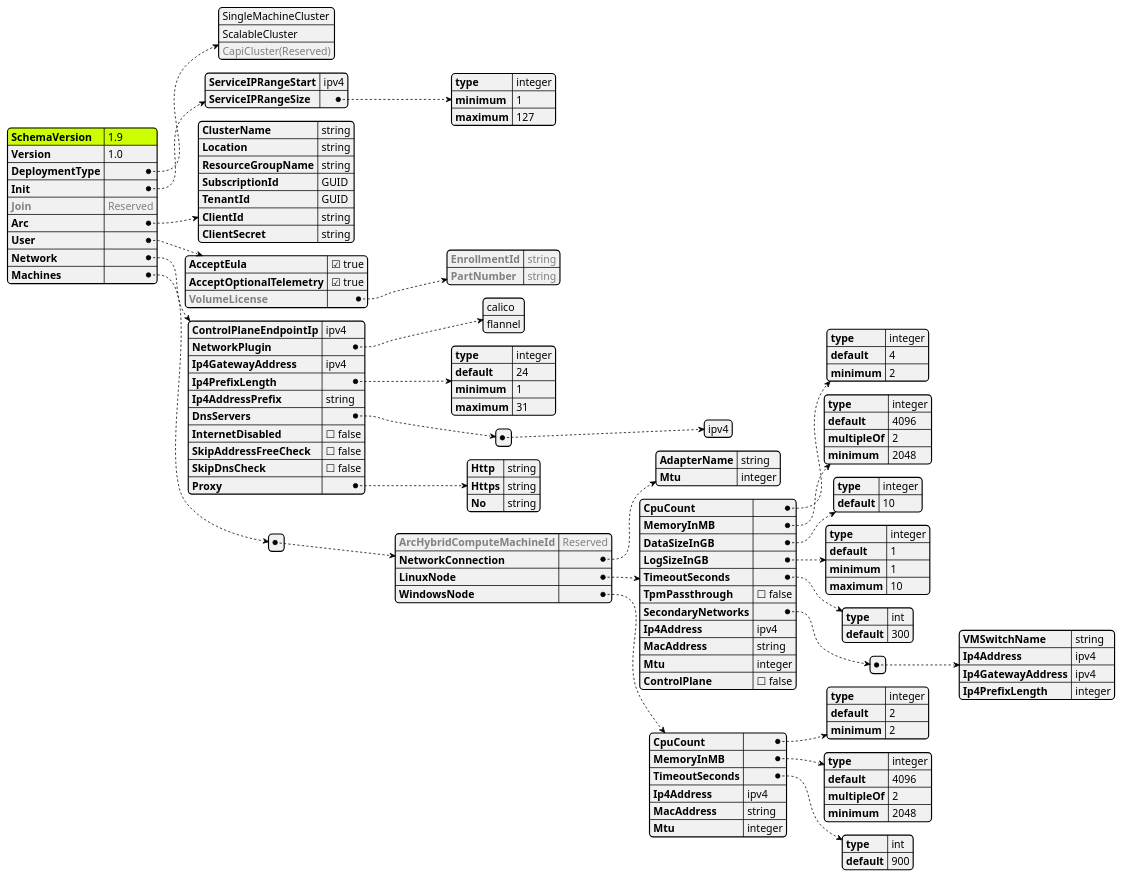
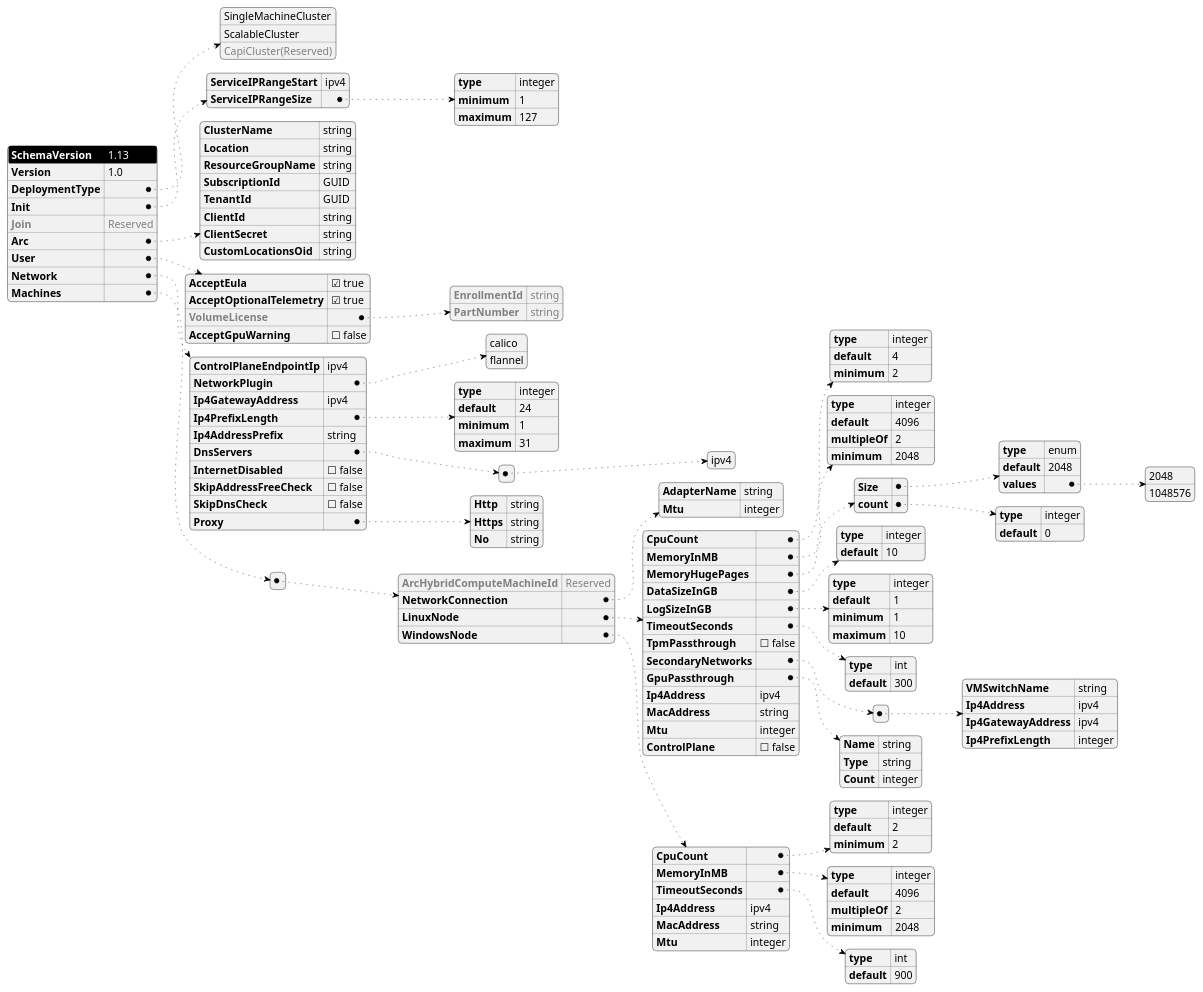
The diagram in tools/modules/AksEdgeDeploy/aksedge-dc.puml (Azure/AKS-Edge), drawn with PlantUML before and after one commit. The commit also changed 8 other files, not shown here.

Commit message:
Update json schema version

```diff
--- a/tools/modules/AksEdgeDeploy/aksedge-dc.puml
+++ b/tools/modules/AksEdgeDeploy/aksedge-dc.puml
@@ -1,149 +1,167 @@
 @startjson AksEdgeSchema
 <style>
 jsonDiagram {
     node {
         FontSize 14
         RoundCorner 10
         LineThickness 0.5
         separator {
             LineThickness 0.25
         }
     }
     arrow {
         LineThickness 0.5
-        LineStyle 2;6
+        LineStyle 2,6
     }
     highlight {
         BackgroundColor black
         FontColor White
     }
 }
 </style>
 #highlight "SchemaVersion"
 {
-    "SchemaVersion": "1.9",
+    "SchemaVersion": "1.13",
     "Version": "1.0",
     "DeploymentType": [
             "SingleMachineCluster",
             "ScalableCluster",
             "<color:gray>CapiCluster(Reserved)"
     ],
     "Init": {
         "ServiceIPRangeStart": "ipv4",
         "ServiceIPRangeSize": {
             "type": "integer",
             "minimum" : 1,
             "maximum" : 127
         }
     },
     "<color:gray>Join":"<color:gray>Reserved",
     "Arc": {
         "ClusterName": "string",
         "Location": "string",
         "ResourceGroupName": "string",
         "SubscriptionId": "GUID",
         "TenantId": "GUID",
         "ClientId": "string",
-        "ClientSecret": "string"
+        "ClientSecret": "string",
+        "CustomLocationsOid": "string"
     },
     "User": {
         "AcceptEula": true,
         "AcceptOptionalTelemetry": true,
         "<color:gray>VolumeLicense":{
             "<color:gray>EnrollmentId":"<color:gray>string",
             "<color:gray>PartNumber":"<color:gray>string"
-        }
+        },
+        "AcceptGpuWarning": false
     },
     "Network": {
         "ControlPlaneEndpointIp": "ipv4",
         "NetworkPlugin": [
                 "calico",
                 "flannel"
         ],
         "Ip4GatewayAddress": "ipv4",
         "Ip4PrefixLength": {
             "type": "integer",
             "default": 24,
             "minimum": 1,
             "maximum": 31
         },
         "Ip4AddressPrefix":"string",
         "DnsServers": [["ipv4"]],
         "InternetDisabled": false,
         "SkipAddressFreeCheck":false,
         "SkipDnsCheck":false,
         "Proxy": {
             "Http":"string",
             "Https":"string",
             "No":"string"
         }
     },
     "Machines":[{
         "<color:gray>ArcHybridComputeMachineId":"<color:gray>Reserved",
         "NetworkConnection":{
             "AdapterName":"string",
             "Mtu":"integer"
         },
         "LinuxNode":{
             "CpuCount": {
                 "type": "integer",
                 "default": 4,
                 "minimum": 2
             },
             "MemoryInMB": {
                 "type": "integer",
                 "default": 4096,
                 "multipleOf": 2,
                 "minimum": 2048
             },
+            "MemoryHugePages": {
+                "Size": {
+                    "type": "enum",
+                    "default": 2048,
+                    "values": [2048,1048576]
+                },
+                "count": {
+                    "type": "integer",
+                    "default": 0
+                }
+            },
             "DataSizeInGB": {
                 "type": "integer",
                 "default": 10
             },
             "LogSizeInGB": {
                 "type": "integer",
                 "default": 1,
                 "minimum" : 1,
                 "maximum" : 10
             },
             "TimeoutSeconds": {
                 "type": "int",
                 "default": 300
             },
             "TpmPassthrough": false,
             "SecondaryNetworks": [
                 {
                     "VMSwitchName" : "string",
                     "Ip4Address": "ipv4",
                     "Ip4GatewayAddress": "ipv4",
                     "Ip4PrefixLength": "integer"
                 }
             ],
+            "GpuPassthrough": {
+                "Name": "string",
+                "Type": "string",
+                "Count": "integer"
+            },
             "Ip4Address": "ipv4",
             "MacAddress": "string",
             "Mtu": "integer",
             "ControlPlane" : false
         },
         "WindowsNode":{
             "CpuCount": {
                 "type": "integer",
                 "default": 2,
                 "minimum": 2
             },
             "MemoryInMB": {
                 "type": "integer",
                 "default": 4096,
                 "multipleOf": 2,
                 "minimum": 2048
             },
             "TimeoutSeconds": {
                 "type": "int",
                 "default": 900
             },
             "Ip4Address": "ipv4",
             "MacAddress": "string",
             "Mtu": "integer"
         }
     }]
 }
 @endjson
```
